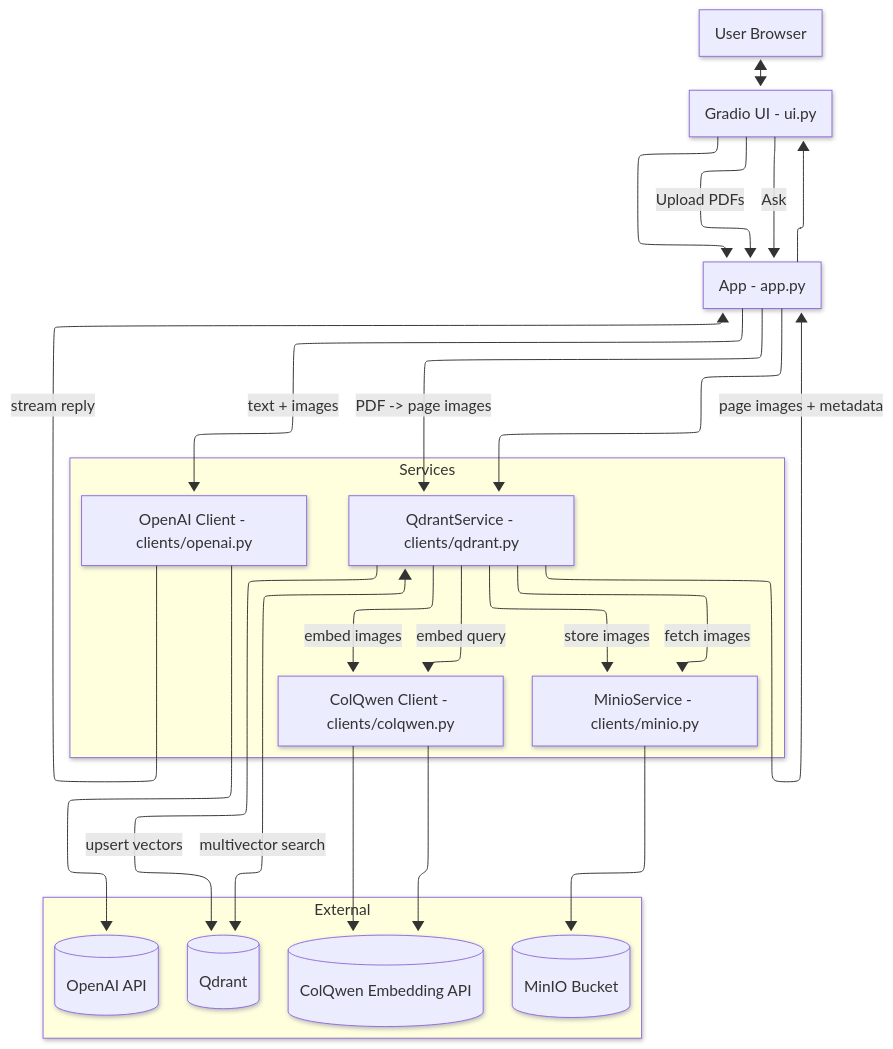
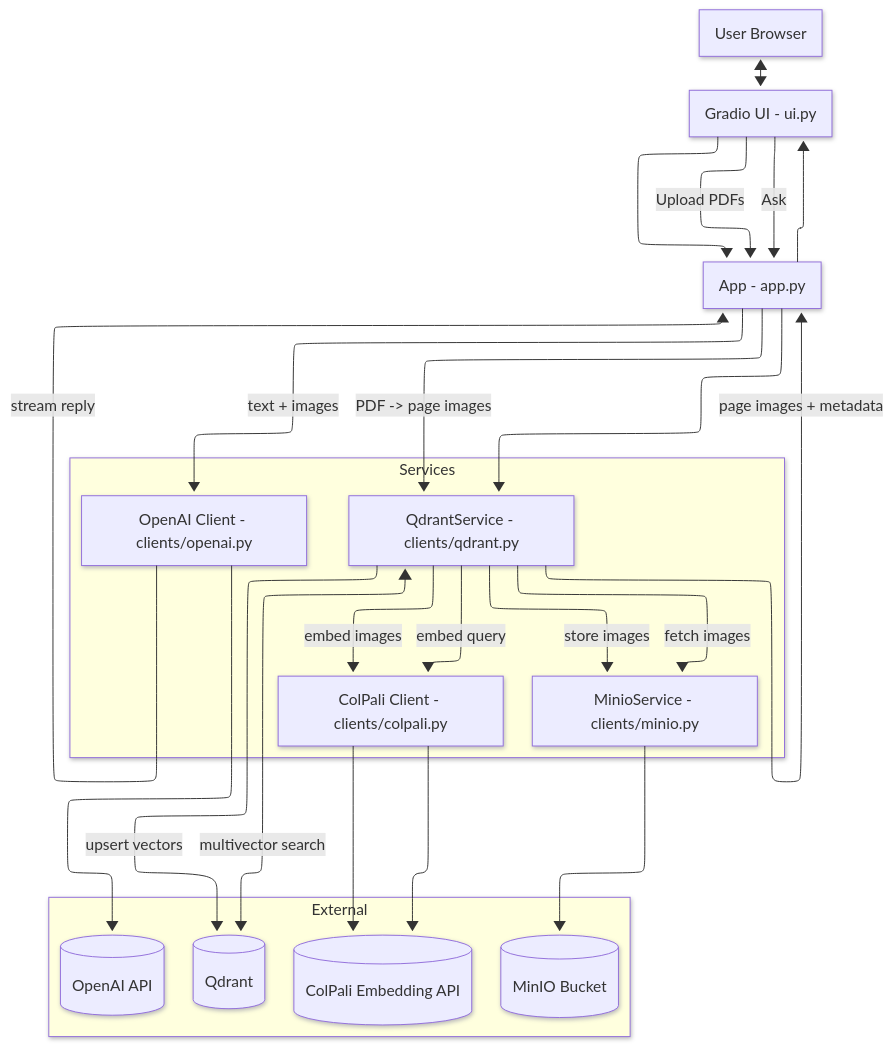
The diagram in docs/architecture.md (athrael-soju/Snappy), drawn with Mermaid before and after one commit. The commit also changed other lines of this file and 15 other files, not shown here.

Commit message:
refactor: rename ColQwen to ColPali across codebase and extract thinking messages

````diff
--- a/docs/architecture.md
+++ b/docs/architecture.md
@@ -5,39 +5,39 @@
 ```mermaid
 ---
 config:
   theme: default
   layout: elk
   look: neo
 ---
 flowchart TB
  subgraph Services["Services"]
         QS["QdrantService - clients/qdrant.py"]
         MINIO["MinioService - clients/minio.py"]
-        COL["ColQwen Client - clients/colqwen.py"]
+        COL["ColPali Client - clients/colpali.py"]
         OAI["OpenAI Client - clients/openai.py"]
   end
  subgraph External["External"]
         QD[("Qdrant")]
         MN[("MinIO Bucket")]
-        CQ[("ColQwen Embedding API")]
+        CQ[("ColPali Embedding API")]
         OA[("OpenAI API")]
   end
     U["User Browser"] <--> UI["Gradio UI - ui.py"]
     UI --> APP["App - app.py"]
     UI -- Upload PDFs --> APP
     APP -- "PDF -> page images" --> QS
     QS -- store images --> MINIO
     MINIO --> MN
     QS -- embed images --> COL
     COL --> CQ & CQ
     QS -- upsert vectors --> QD
     UI -- Ask --> APP
     APP --> QS & UI
     QS -- embed query --> COL
     QS <-- multivector search --> QD
     QS -- fetch images --> MINIO
     QS -- page images + metadata --> APP
     APP -- text + images --> OAI
     OAI --> OA
     OAI -- stream reply --> APP
 ```
````
